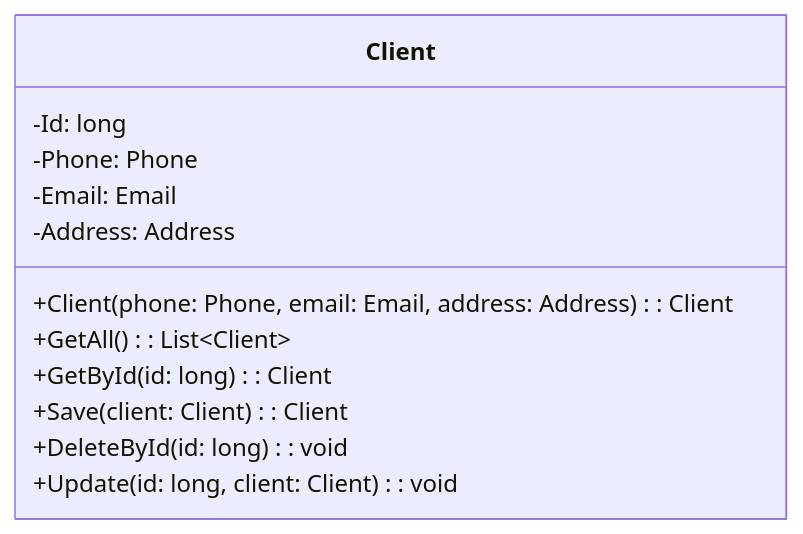
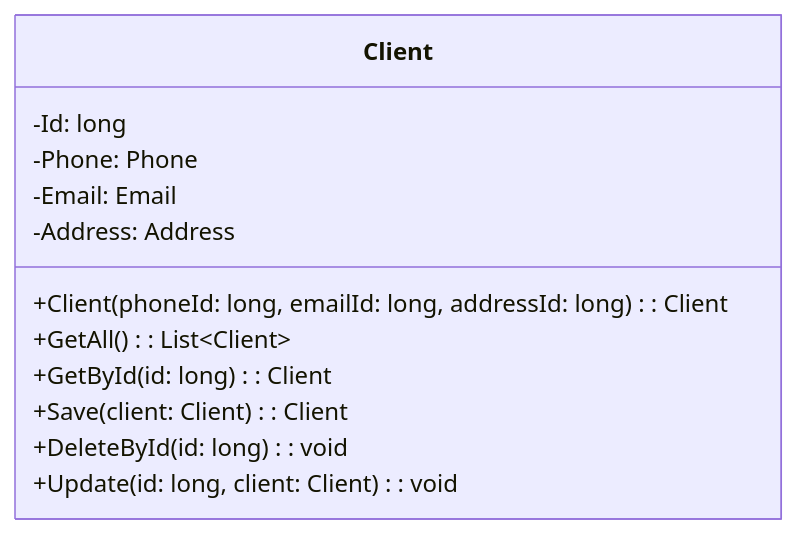
One commit to AndreLucas0/diagrama-de-classes-projeto-integrador changed the first of 17 diagrams in Classes.md. Above: the diagram before and after it, drawn with Mermaid. The commit also changed other lines of this file, not shown here.

Commit message:
diagrama finalizado

````diff
--- a/Classes.md
+++ b/Classes.md
@@ -1,15 +1,15 @@
 ```mermaid
 classDiagram
     class Client {
         -Id: long
         -Phone: Phone
         -Email: Email
         -Address: Address
-        +Client (phone: Phone, email: Email, address: Address): Client
+        +Client (phoneId: long, emailId: long, addressId: long): Client
         +GetAll (): List&lt;Client&gt;
         +GetById (id: long): Client
         +Save (client: Client): Client
         +DeleteById (id: long): void
         +Update (id: long, client: Client): void
     }
 ```
````
